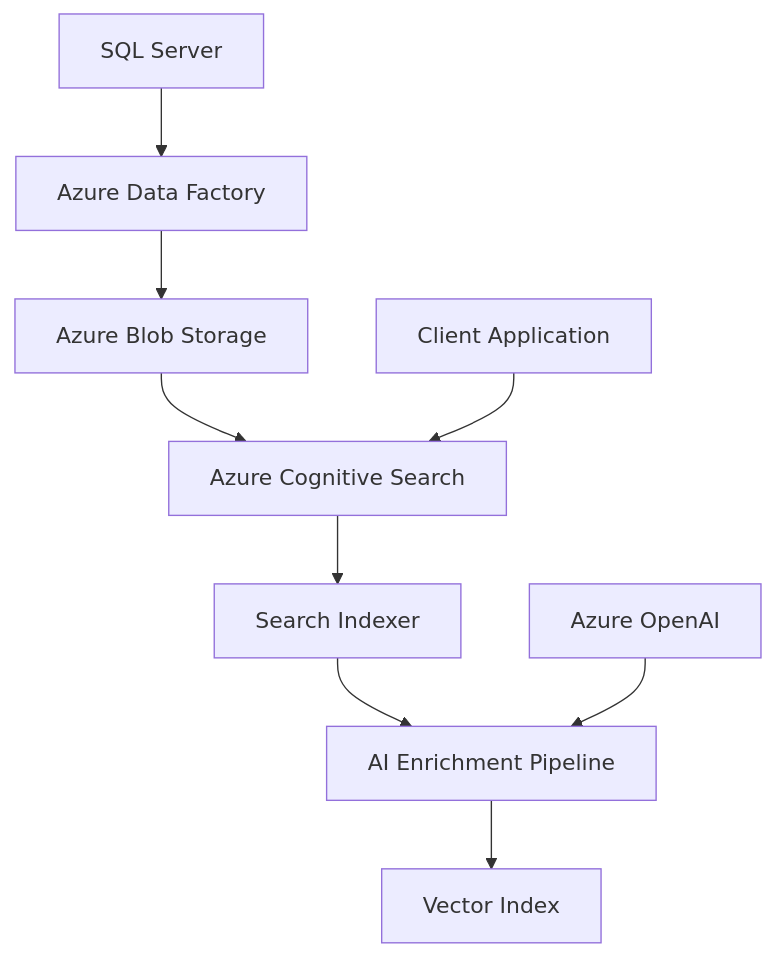
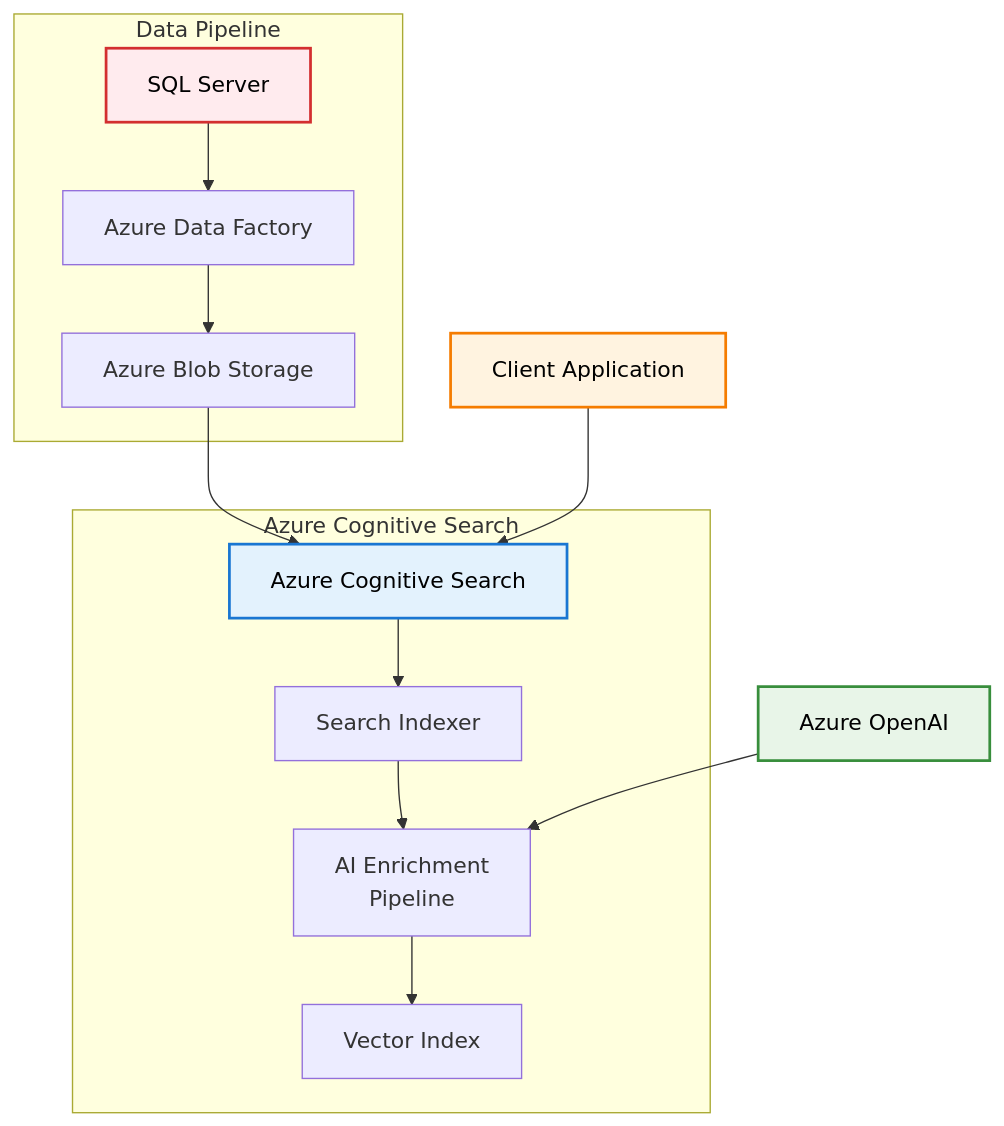
One commit to bravegeek/az-vectordb changed the first of 4 diagrams in docs/options.md. Above: the diagram before and after it, drawn with Mermaid. The commit also changed other lines of this file, not shown here.

Commit message:
clean up mermaid

````diff
--- a/docs/options.md
+++ b/docs/options.md
@@ -39,11 +39,29 @@
 ```mermaid
 graph TB
     A[SQL Server] --> B[Azure Data Factory]
     B --> C[Azure Blob Storage]
     C --> D[Azure Cognitive Search]
     D --> E[Search Indexer]
-    E --> F[AI Enrichment Pipeline]
+    E --> F[AI Enrichment<br/>Pipeline]
     F --> G[Vector Index]
     H[Client Application] --> D
     I[Azure OpenAI] --> F
+    
+    subgraph "Data Pipeline"
+        A
+        B
+        C
+    end
+    
+    subgraph "Azure Cognitive Search"
+        D
+        E
+        F
+        G
+    end
+    
+    style A fill:#ffebee,stroke:#d32f2f,stroke-width:2px,color:#000
+    style D fill:#e3f2fd,stroke:#1976d2,stroke-width:2px,color:#000
+    style I fill:#e8f5e8,stroke:#388e3c,stroke-width:2px,color:#000
+    style H fill:#fff3e0,stroke:#f57c00,stroke-width:2px,color:#000
 ```
````
